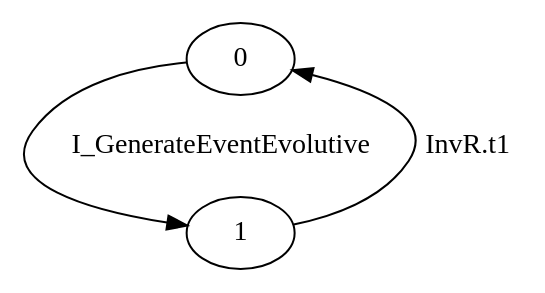
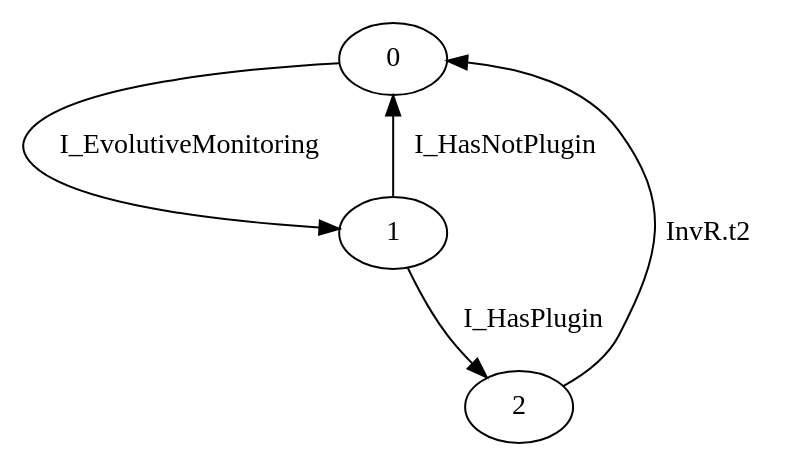
The diagram in src/cspspecs/SenderReceiver_EE/MONITOREVOLUTIVE.dot (nsrosa70/midarch-go-v13), drawn with Graphviz before and after one commit. The commit also changed 42 other files, not shown here.

```diff
--- a/src/cspspecs/SenderReceiver_EE/MONITOREVOLUTIVE.dot
+++ b/src/cspspecs/SenderReceiver_EE/MONITOREVOLUTIVE.dot
@@ -1,4 +1,6 @@
 digraph G {
-  0 -> 1 [ label="I_GenerateEventEvolutive" ];
-  1 -> 0 [ label="InvR.t1" ];
+  0 -> 1 [ label="I_EvolutiveMonitoring" ];
+  1 -> 2 [ label="I_HasPlugin" ];
+  1 -> 0 [ label="I_HasNotPlugin" ];
+  2 -> 0 [ label="InvR.t2" ];
 }
```
